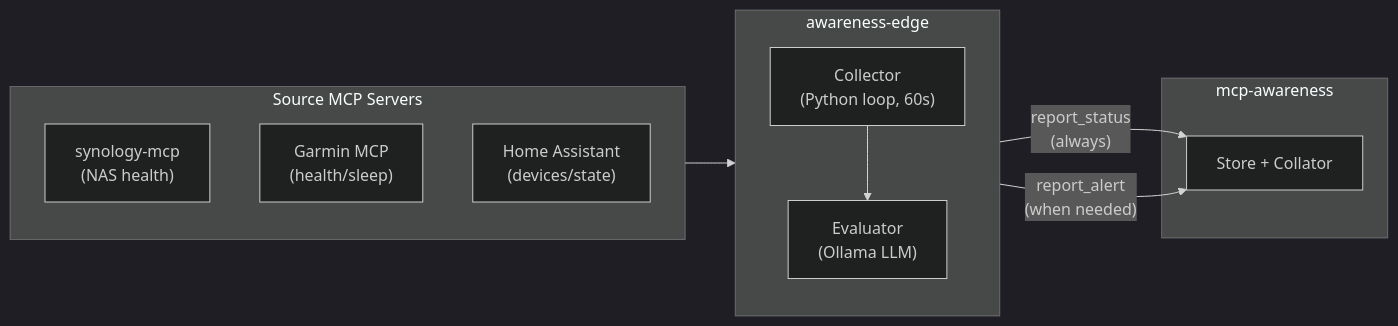
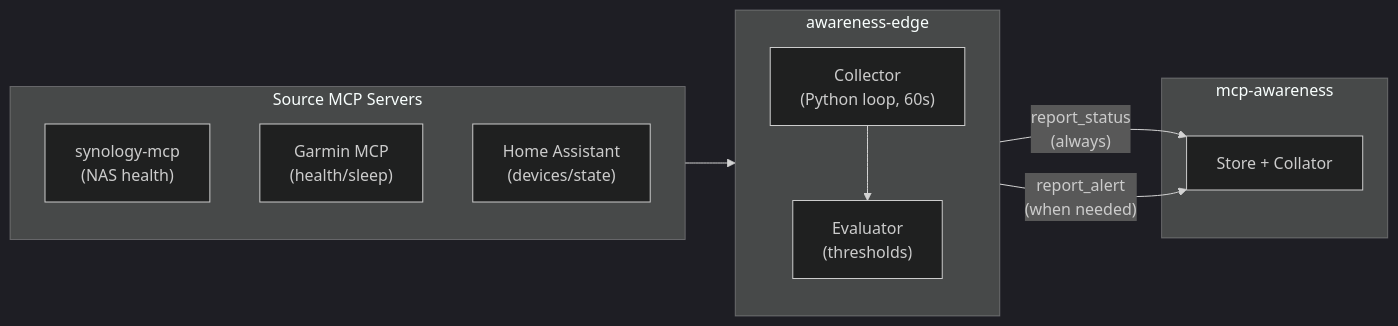
Before and after one commit to cmeans/awareness-edge: the diagram in README.md, drawn with Mermaid (dark theme). The commit also changed other lines of this file, not shown here.

Commit message:
Update README: remove LLM/agent language, reflect threshold-based design

````diff
--- a/README.md
+++ b/README.md
@@ -16,23 +16,23 @@
 ```mermaid
 flowchart LR
     subgraph Sources["Source MCP Servers"]
         S1["synology-mcp\n(NAS health)"]
         S2["Garmin MCP\n(health/sleep)"]
         S3["Home Assistant\n(devices/state)"]
     end
 
     subgraph Edge["awareness-edge"]
         direction TB
         Collector["Collector\n(Python loop, 60s)"]
-        Evaluator["Evaluator\n(Ollama LLM)"]
+        Evaluator["Evaluator\n(thresholds)"]
         Collector --> Evaluator
     end
 
     subgraph Awareness["mcp-awareness"]
         Store["Store + Collator"]
     end
 
     Sources --> Collector
     Collector -- "report_status\n(always)" --> Store
     Evaluator -- "report_alert\n(when needed)" --> Store
 ```
````
